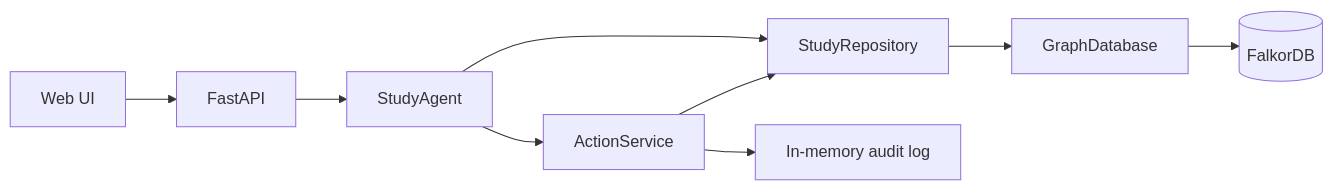
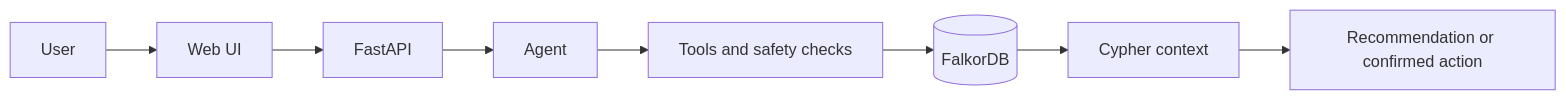
One commit to hamzawritescode/study-copilot-falkordb changed the diagram in README.md. Above: the diagram before and after it, drawn with Mermaid. The commit also changed other lines of this file, not shown here.

````diff
--- a/README.md
+++ b/README.md
@@ -25,11 +35,10 @@
 ```mermaid
 flowchart LR
-    Browser[Web UI] --> API[FastAPI]
-    API --> Agent[StudyAgent]
-    Agent --> Repo[StudyRepository]
-    Repo --> DB[GraphDatabase]
-    DB --> Falkor[(FalkorDB)]
-    Agent --> Actions[ActionService]
-    Actions --> Repo
-    Actions --> Audit[In-memory audit log]
+  User[User] --> UI[Web UI]
+  UI --> API[FastAPI]
+  API --> Agent[Agent]
+  Agent --> Tools[Tools and safety checks]
+  Tools --> DB[(FalkorDB)]
+  DB --> Cypher[Cypher context]
+  Cypher --> Decision[Recommendation or confirmed action]
 ```
````
